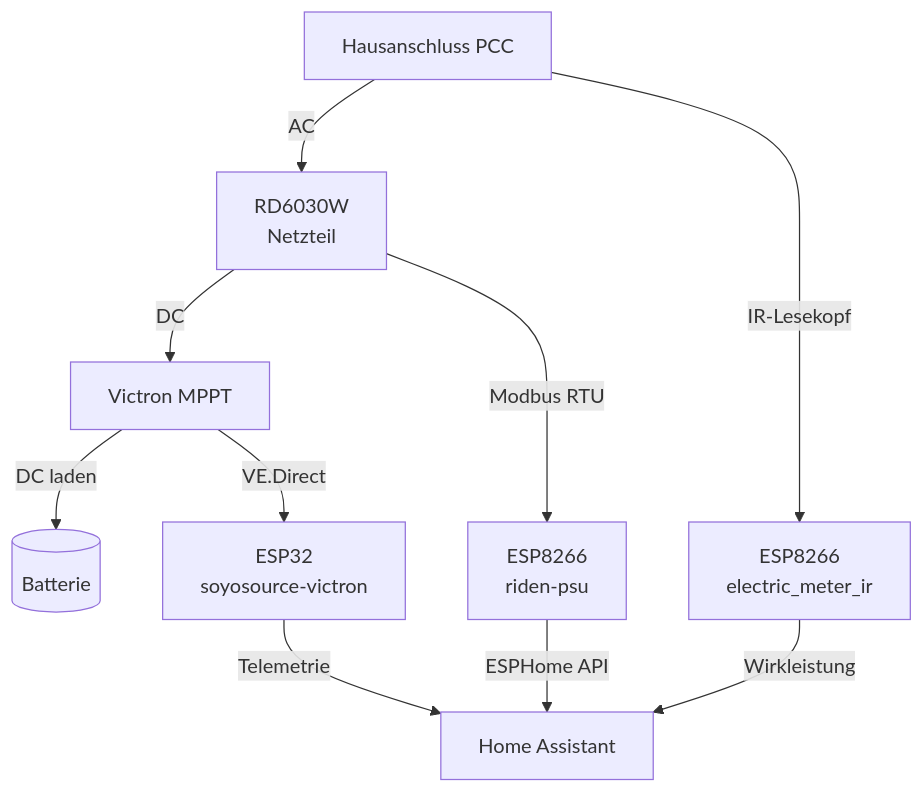
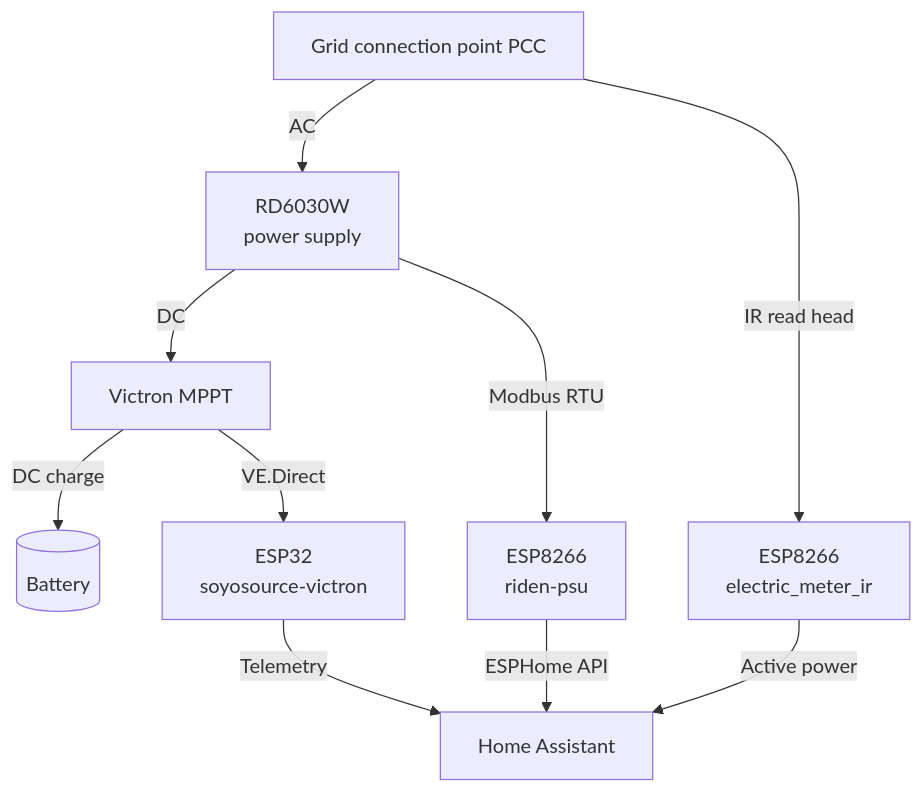
One commit to simonsilie/home-automation changed the second of 2 diagrams in README.md. Above: the diagram before and after it, drawn with Mermaid. The commit also changed other lines of this file and 13 other files, not shown here.

````diff
--- a/README.md
+++ b/README.md
@@ -28,12 +29,12 @@
 ```mermaid
 flowchart TD
-    PCC[Hausanschluss PCC] -->|AC| RD6030W[RD6030W\nNetzteil]
+    PCC[Grid connection point PCC] -->|AC| RD6030W[RD6030W\npower supply]
     RD6030W -->|DC| MPPT[Victron MPPT]
-    MPPT -->|DC laden| Batterie[(Batterie)]
-    PCC -->|IR-Lesekopf| ESP8266[ESP8266\nelectric_meter_ir]
-    ESP8266 -->|Wirkleistung| HA[Home Assistant]
+    MPPT -->|DC charge| Battery[(Battery)]
+    PCC -->|IR read head| ESP8266[ESP8266\nelectric_meter_ir]
+    ESP8266 -->|Active power| HA[Home Assistant]
     RD6030W -->|Modbus RTU| ESP8266_RIDEN[ESP8266\nriden-psu]
     ESP8266_RIDEN -->|ESPHome API| HA
     MPPT -->|VE.Direct| ESP32[ESP32\nsoyosource-victron]
-    ESP32 -->|Telemetrie| HA
+    ESP32 -->|Telemetry| HA
 ```
````
